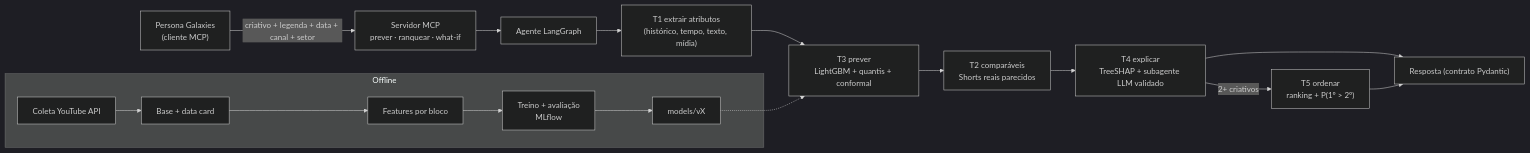
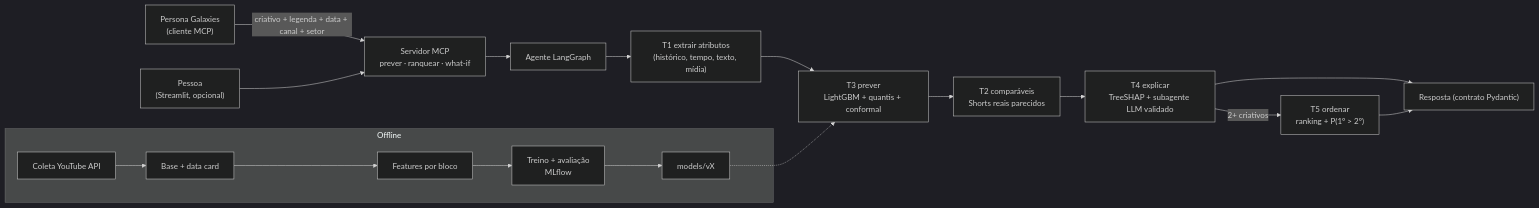
Before and after one commit to nandahelena/parallax-ai: the diagram in README.md, drawn with Mermaid (dark theme). The commit also changed other lines of this file and 8 other files, not shown here.

````diff
--- a/README.md
+++ b/README.md
@@ -62,16 +64,17 @@
 ```mermaid
 flowchart LR
     P["Persona Galaxies<br/>(cliente MCP)"] -->|criativo + legenda + data + canal + setor| M["Servidor MCP<br/>prever · ranquear · what-if"]
+    U["Pessoa<br/>(Streamlit, opcional)"] --> M
     M --> A["Agente LangGraph"]
     A --> T1["T1 extrair atributos<br/>(histórico, tempo, texto, mídia)"]
     T1 --> T3["T3 prever<br/>LightGBM + quantis + conformal"]
     T3 --> T2["T2 comparáveis<br/>Shorts reais parecidos"]
     T2 --> T4["T4 explicar<br/>TreeSHAP + subagente LLM validado"]
     T4 -->|2+ criativos| T5["T5 ordenar<br/>ranking + P(1º > 2º)"]
     T4 --> R["Resposta (contrato Pydantic)"]
     T5 --> R
     subgraph Offline
       C["Coleta YouTube API"] --> B["Base + data card"] --> F["Features por bloco"] --> TR["Treino + avaliação<br/>MLflow"] --> MD["models/vX"]
     end
     MD -.-> T3
 ```
````
